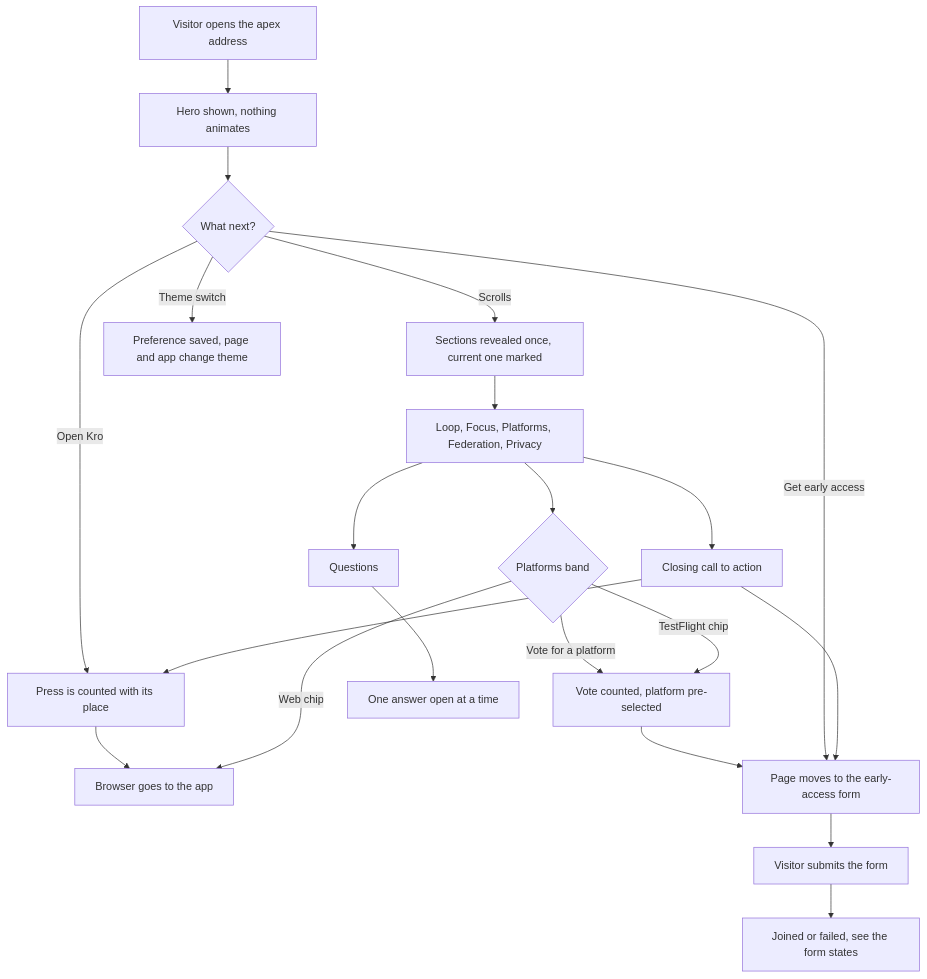
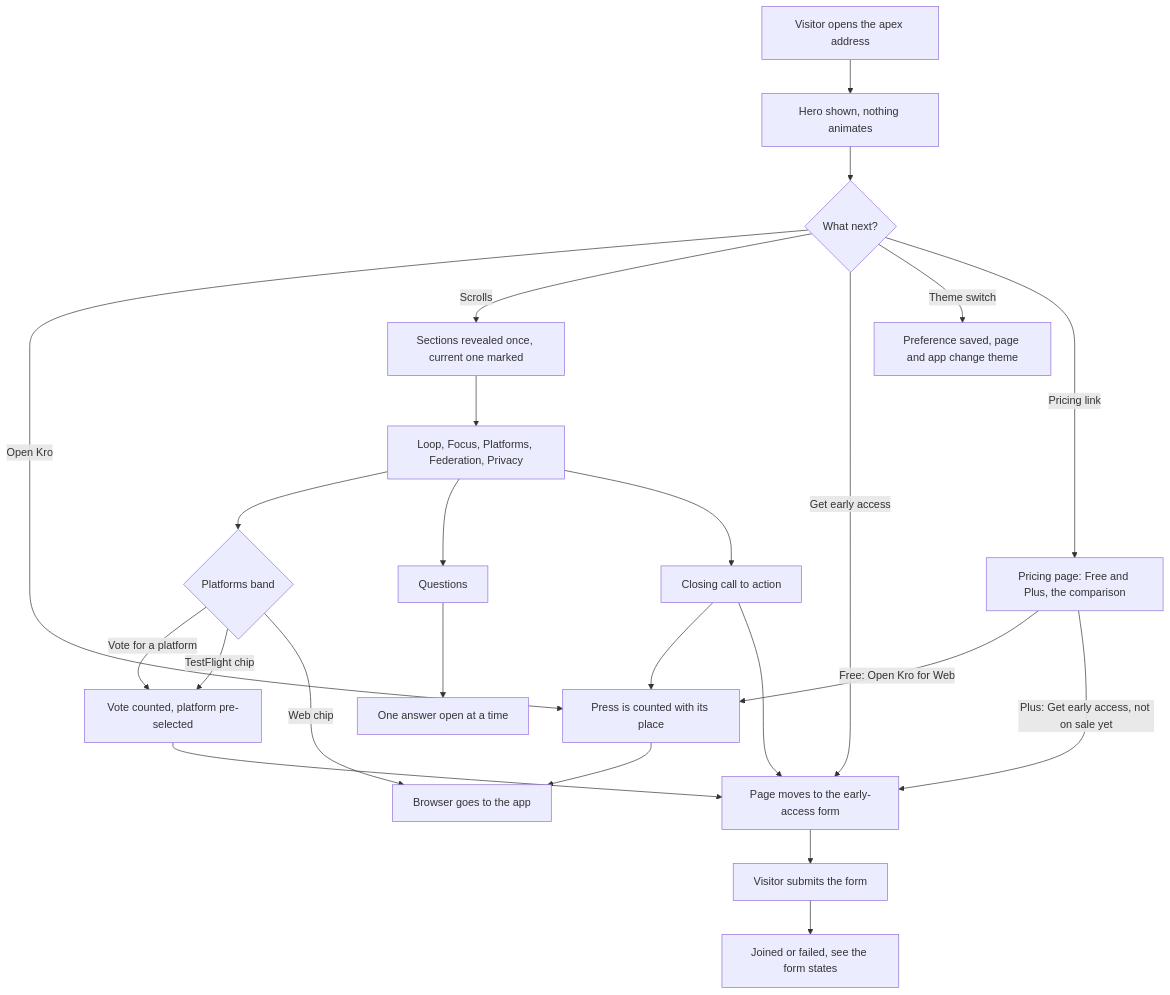
Before and after one commit to zheref/kro-pwa: the first of 2 diagrams in docs/Features/Landing.md, drawn with Mermaid. The commit also changed other lines of this file, not shown here.

First line of the commit message:
docs(landing): describe the pricing page and resolve the free question

````diff
--- a/docs/Features/Landing.md
+++ b/docs/Features/Landing.md
@@ -196,23 +246,26 @@
 ```mermaid
 flowchart TD
     A[Visitor opens the apex address] --> B[Hero shown, nothing animates]
     B --> C{What next?}
     C -->|Open Kro| D[Press is counted with its place]
     D --> E[Browser goes to the app]
     C -->|Scrolls| F[Sections revealed once, current one marked]
     F --> G[Loop, Focus, Platforms, Federation, Privacy]
     G --> H{Platforms band}
     H -->|Vote for a platform| I[Vote counted, platform pre-selected]
     H -->|TestFlight chip| I
     H -->|Web chip| E
     I --> J[Page moves to the early-access form]
     C -->|Get early access| J
     J --> K[Visitor submits the form]
     K --> L[Joined or failed, see the form states]
     G --> M[Questions]
     M --> N[One answer open at a time]
     G --> O[Closing call to action]
     O --> D
     O --> J
     C -->|Theme switch| P[Preference saved, page and app change theme]
+    C -->|Pricing link| Q[Pricing page: Free and Plus, the comparison]
+    Q -->|Free: Open Kro for Web| D
+    Q -->|Plus: Get early access, not on sale yet| J
 ```
````
